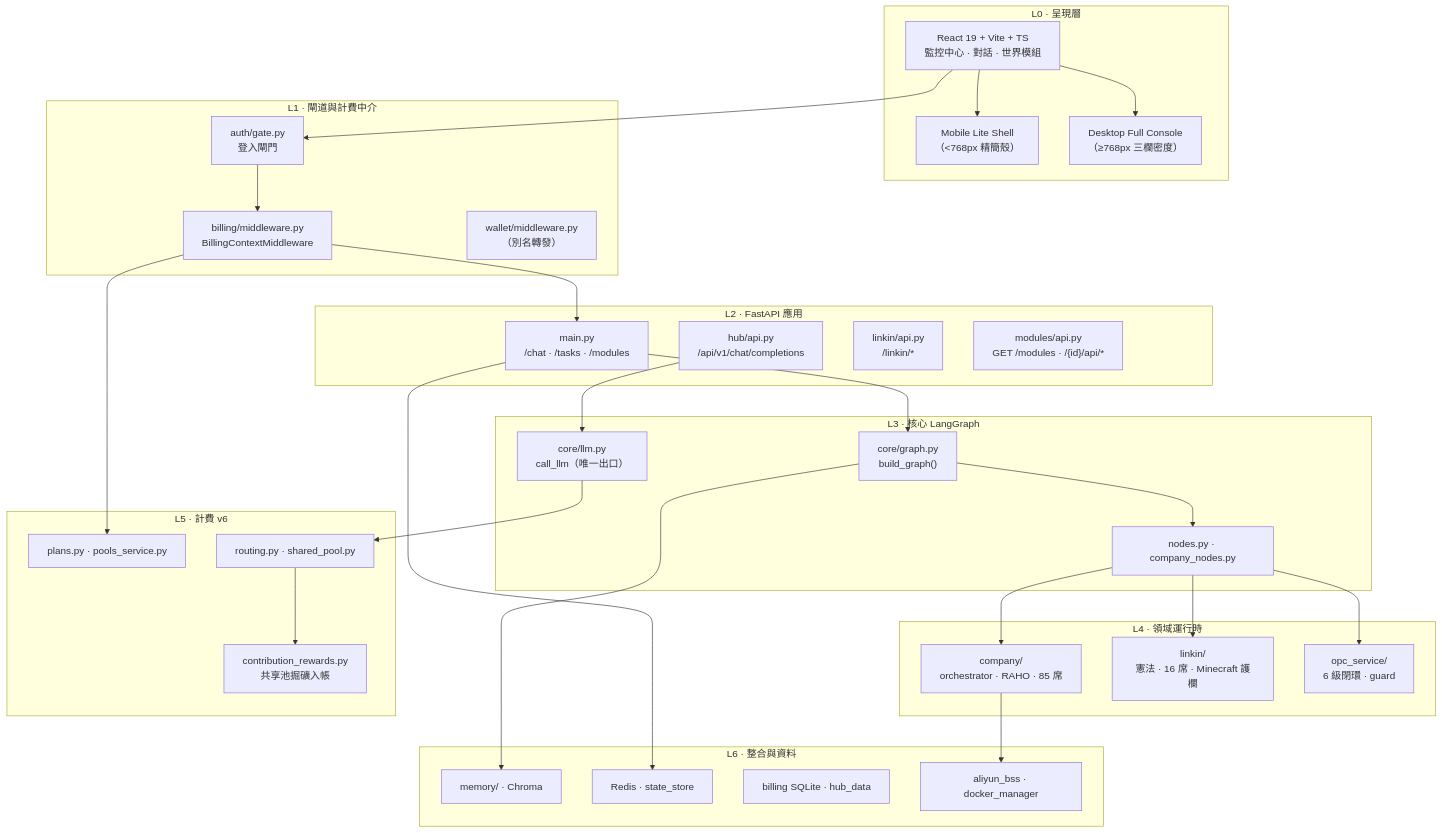
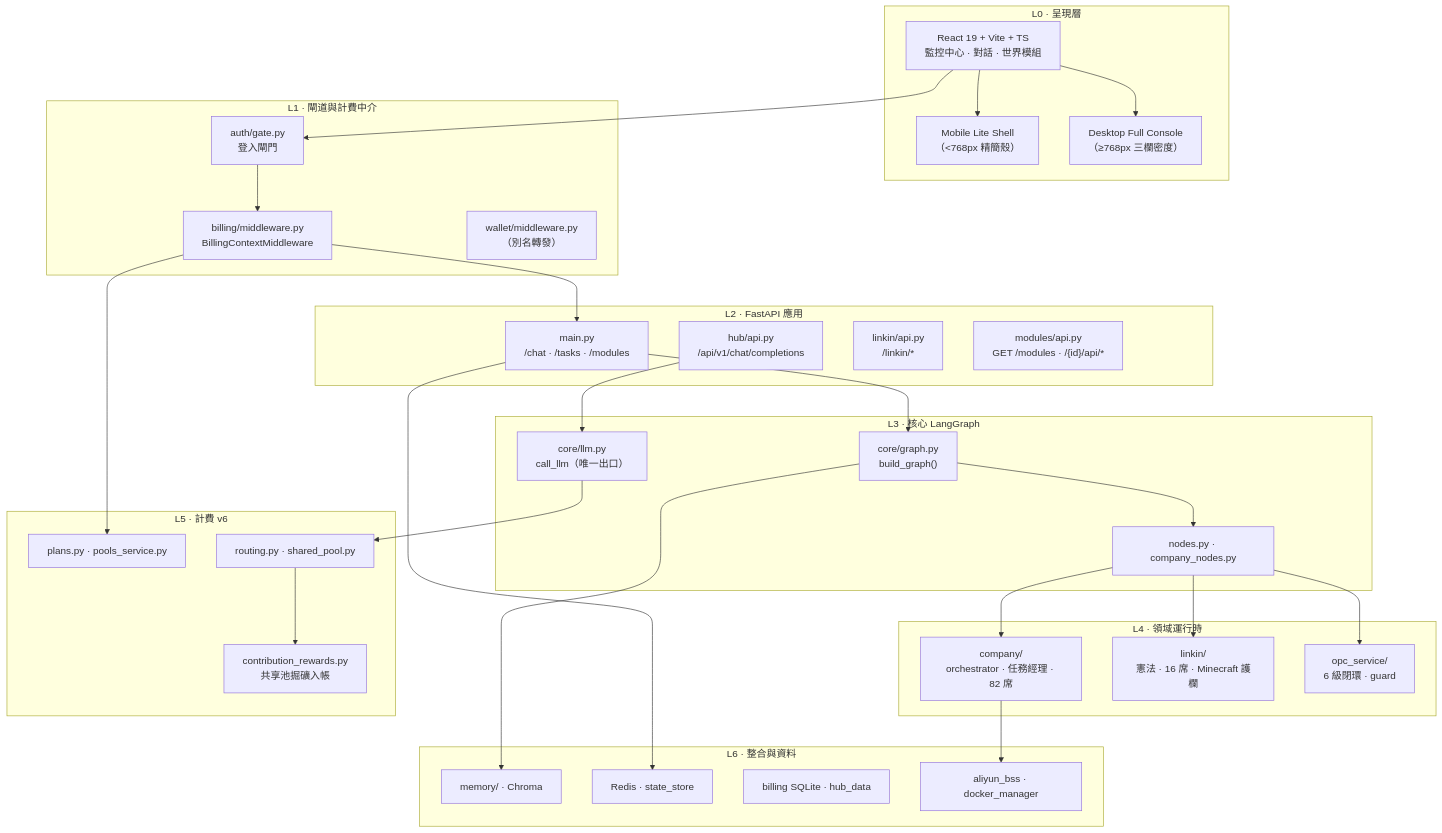
Before and after one commit to iiooiioo888/Linkin: the third of 10 diagrams in docs/architecture/system-architecture-2026-09.md, drawn with Mermaid. The commit also changed other lines of this file and 84 other files, not shown here.

````diff
--- a/docs/architecture/system-architecture-2026-09.md
+++ b/docs/architecture/system-architecture-2026-09.md
@@ -73,64 +73,64 @@
 ```mermaid
 flowchart TB
     subgraph L0["L0 · 呈現層"]
         React["React 19 + Vite + TS<br/>監控中心 · 對話 · 世界模組"]
         Mobile["Mobile Lite Shell<br/>（&lt;768px 精簡殼）"]
         Desktop["Desktop Full Console<br/>（≥768px 三欄密度）"]
     end
 
     subgraph L1["L1 · 閘道與計費中介"]
         Auth["auth/gate.py<br/>登入閘門"]
         BillMW["billing/middleware.py<br/>BillingContextMiddleware"]
         Wallet["wallet/middleware.py<br/>（別名轉發）"]
     end
 
     subgraph L2["L2 · FastAPI 應用"]
         Main["main.py<br/>/chat · /tasks · /modules"]
         Hub["hub/api.py<br/>/api/v1/chat/completions"]
         LinkinAPI["linkin/api.py<br/>/linkin/*"]
         ModAPI["modules/api.py<br/>GET /modules · /{id}/api/*"]
     end
 
     subgraph L3["L3 · 核心 LangGraph"]
         Graph["core/graph.py<br/>build_graph()"]
         Nodes["nodes.py · company_nodes.py"]
         LLM["core/llm.py<br/>call_llm（唯一出口）"]
     end
 
     subgraph L4["L4 · 領域運行時"]
-        Company["company/<br/>orchestrator · RAHO · 85 席"]
+        Company["company/<br/>orchestrator · 任務經理 · 82 席"]
         Linkin["linkin/<br/>憲法 · 16 席 · Minecraft 護欄"]
         OPCG["opc_service/<br/>6 級閉環 · guard"]
     end
 
     subgraph L5["L5 · 計費 v6"]
         Plans["plans.py · pools_service.py"]
         Routing["routing.py · shared_pool.py"]
         Rewards["contribution_rewards.py<br/>共享池掘礦入帳"]
     end
 
     subgraph L6["L6 · 整合與資料"]
         Mem["memory/ · Chroma"]
         RedisD["Redis · state_store"]
         SQLite["billing SQLite · hub_data"]
         BSS2["aliyun_bss · docker_manager"]
     end
 
     React --> Mobile
     React --> Desktop
     React --> Auth
     Auth --> BillMW
     BillMW --> Main
     Main --> Graph
     Hub --> LLM
     Graph --> Nodes
     Nodes --> Company
     Nodes --> Linkin
     Nodes --> OPCG
     LLM --> Routing
     Routing --> Rewards
     Graph --> Mem
     Main --> RedisD
     BillMW --> Plans
     Company --> BSS2
 ```
````
